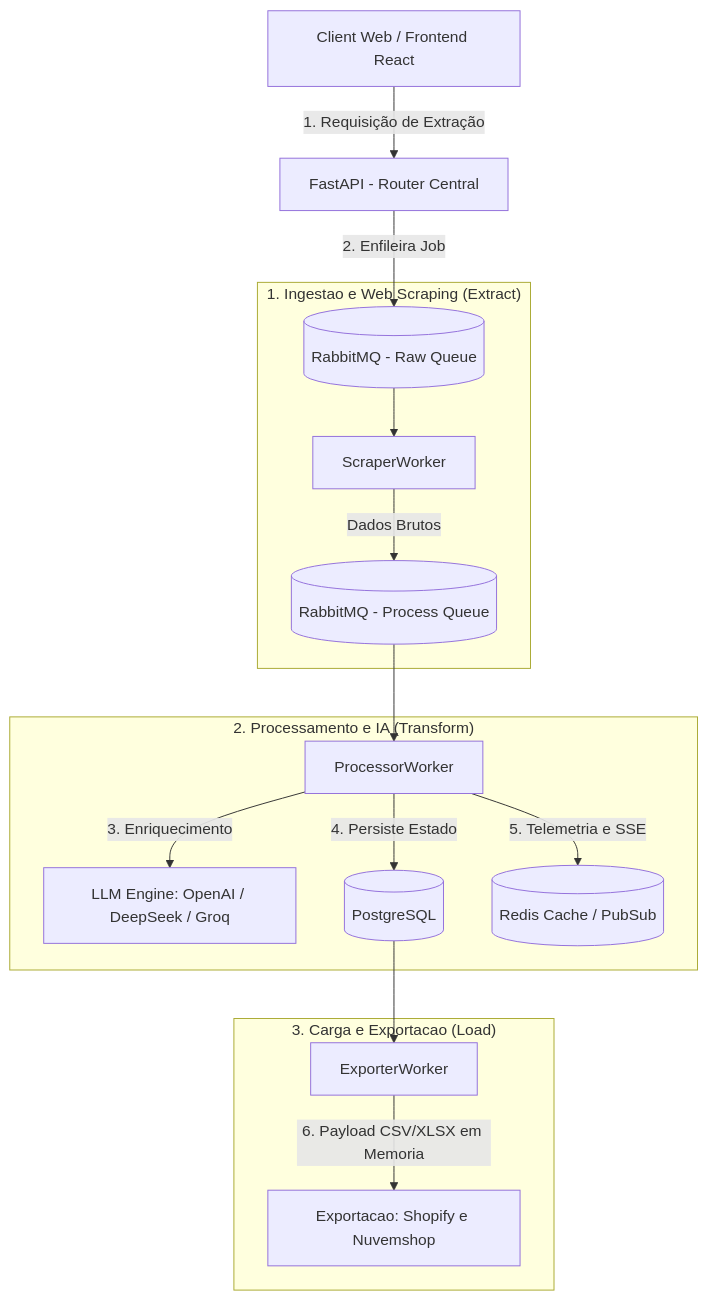
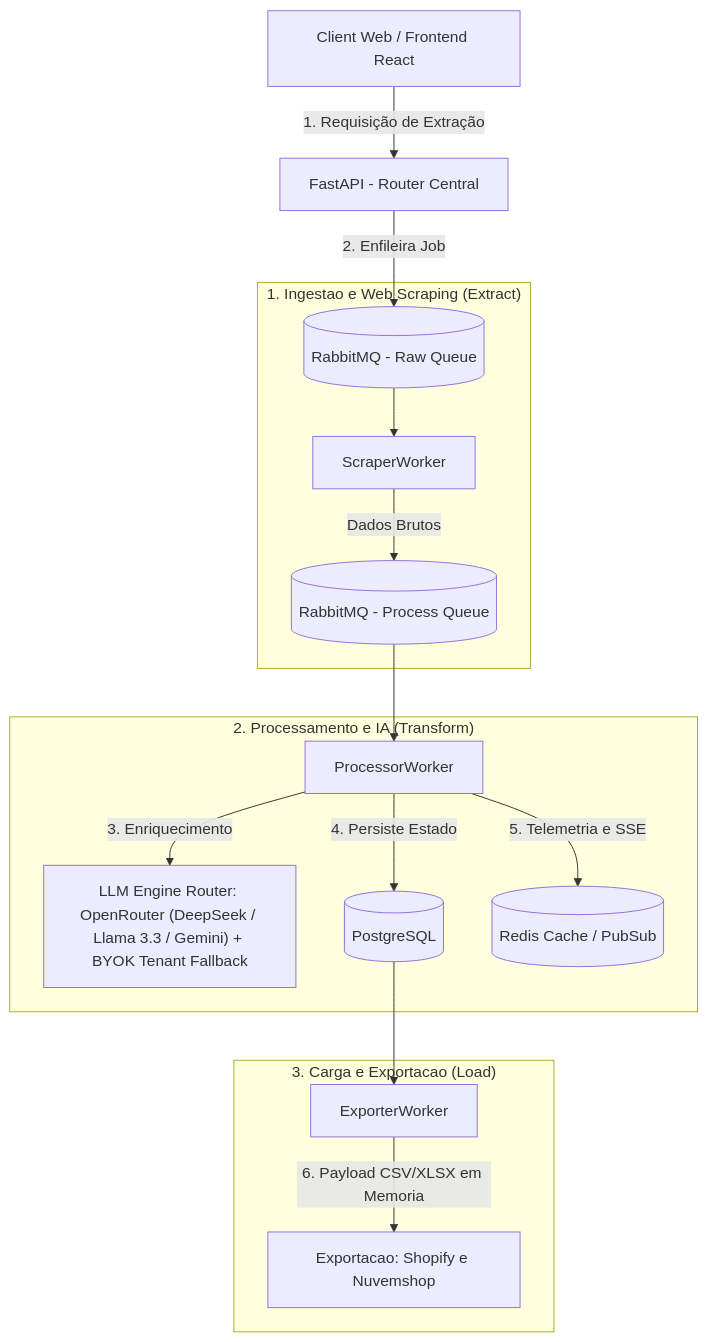
One commit to gregrymqt/ecomerce-bot changed the diagram in README.md. Above: the diagram before and after it, drawn with Mermaid. The commit also changed other lines of this file and 2 other files, not shown here.

Commit message:
feat: integrate OpenRouter as primary LLM gateway with multi-model fallback and document agent configuration

````diff
--- a/README.md
+++ b/README.md
@@ -21,22 +21,22 @@
 ```mermaid
 graph TD
     A["Client Web / Frontend React"] -->|1. Requisição de Extração| B["FastAPI - Router Central"]
     B -->|2. Enfileira Job| C[("RabbitMQ - Raw Queue")]
 
     subgraph S1 ["1. Ingestao e Web Scraping (Extract)"]
         C --> D["ScraperWorker"]
         D -->|Dados Brutos| E[("RabbitMQ - Process Queue")]
     end
 
     subgraph S2 ["2. Processamento e IA (Transform)"]
         E --> F["ProcessorWorker"]
-        F -->|3. Enriquecimento| G["LLM Engine: OpenAI / DeepSeek / Groq"]
+        F -->|3. Enriquecimento| G["LLM Engine Router: OpenRouter (DeepSeek / Llama 3.3 / Gemini) + BYOK Tenant Fallback"]
         F -->|4. Persiste Estado| H[("PostgreSQL")]
         F -->|5. Telemetria e SSE| I[("Redis Cache / PubSub")]
     end
 
     subgraph S3 ["3. Carga e Exportacao (Load)"]
         H --> J["ExporterWorker"]
         J -->|6. Payload CSV/XLSX em Memoria| K["Exportacao: Shopify e Nuvemshop"]
     end
 ```
````
